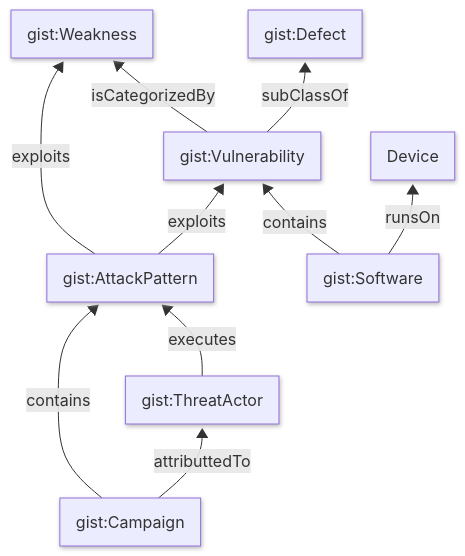
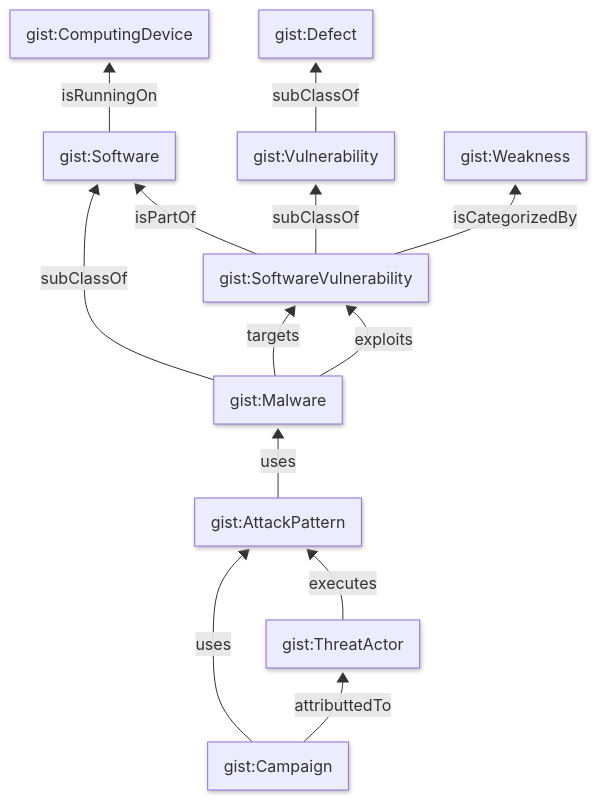
The diagram in docs/partis/vulnerabity-parti.md (semanticarts/gistCyber), drawn with Mermaid before and after one commit.

Commit message:
added docs/partis/vulnerability-parti.md to repository to illustrate relationships

````diff
--- a/docs/partis/vulnerabity-parti.md
+++ b/docs/partis/vulnerabity-parti.md
@@ -1,20 +1,24 @@
 ```mermaid
 ---
 config:
   layout: fixed
   look: neo
   theme: classic
 
 ---
 graph BT
-    Vulnerability["gist:Vulnerability"] -- isCategorizedBy --> Weakness["gist:Weakness"]
-    AttackPattern["gist:AttackPattern"] -- exploits --> Weakness & Vulnerability
-    Software["gist:Software"] -- contains --> Vulnerability
-    Software -- runsOn --> Device 
-    Vulnerability -- subClassOf --> Defect["gist:Defect"]
+    AttackPattern["gist:AttackPattern"] -- uses --> Malware
+    Vulnerability[gist:Vulnerability] -- subClassOf --> Defect["gist:Defect"]
+    Software -- isRunningOn --> Device[gist:ComputingDevice]
+    SoftwareVulnerability["gist:SoftwareVulnerability"] -- isCategorizedBy --> Weakness["gist:Weakness"]   
+    SoftwareVulnerability --subClassOf --> Vulnerability
+    SoftwareVulnerability -- isPartOf --> Software["gist:Software"]
+    Malware[gist:Malware] -- subClassOf --> Software
+    Malware -- exploits --> SoftwareVulnerability
+    Malware -- targets --> SoftwareVulnerability
     ThreatActor["gist:ThreatActor"] -- executes --> AttackPattern
-    Campaign["gist:Campaign"] -- contains --> AttackPattern
+    Campaign["gist:Campaign"] -- uses --> AttackPattern
     Campaign -- attributtedTo --> ThreatActor
 
 
 ```
````
